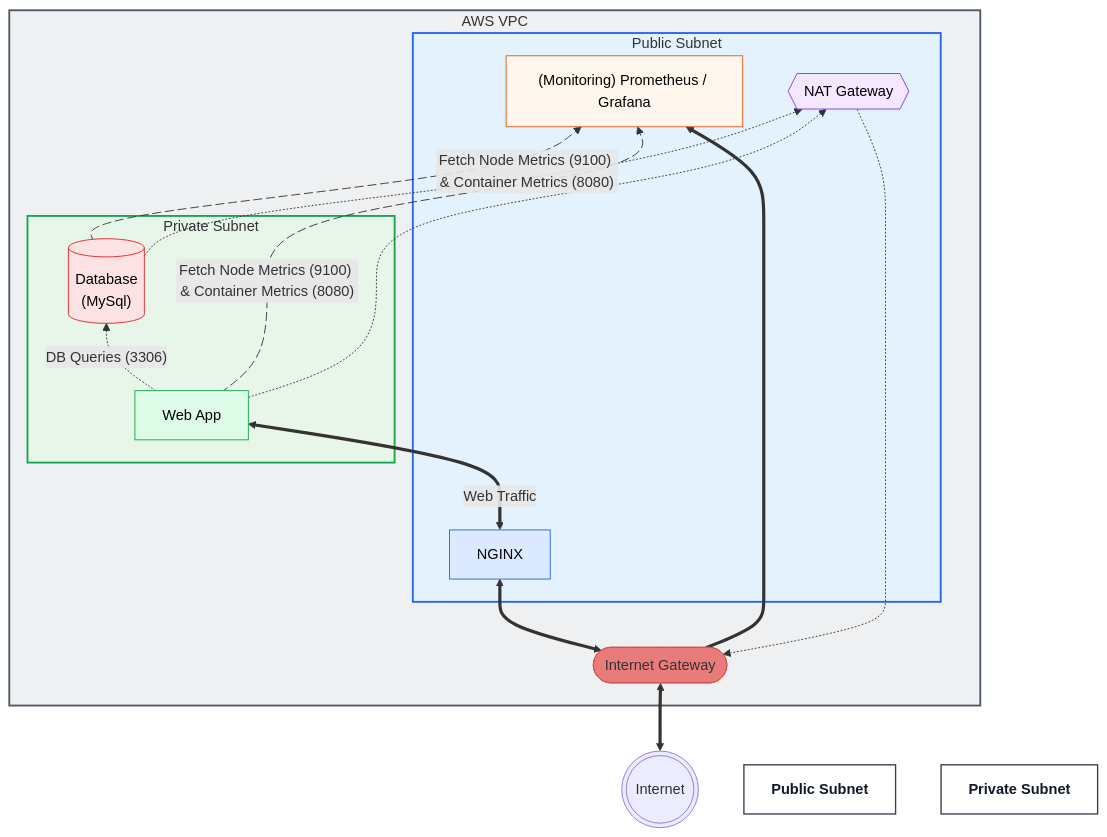
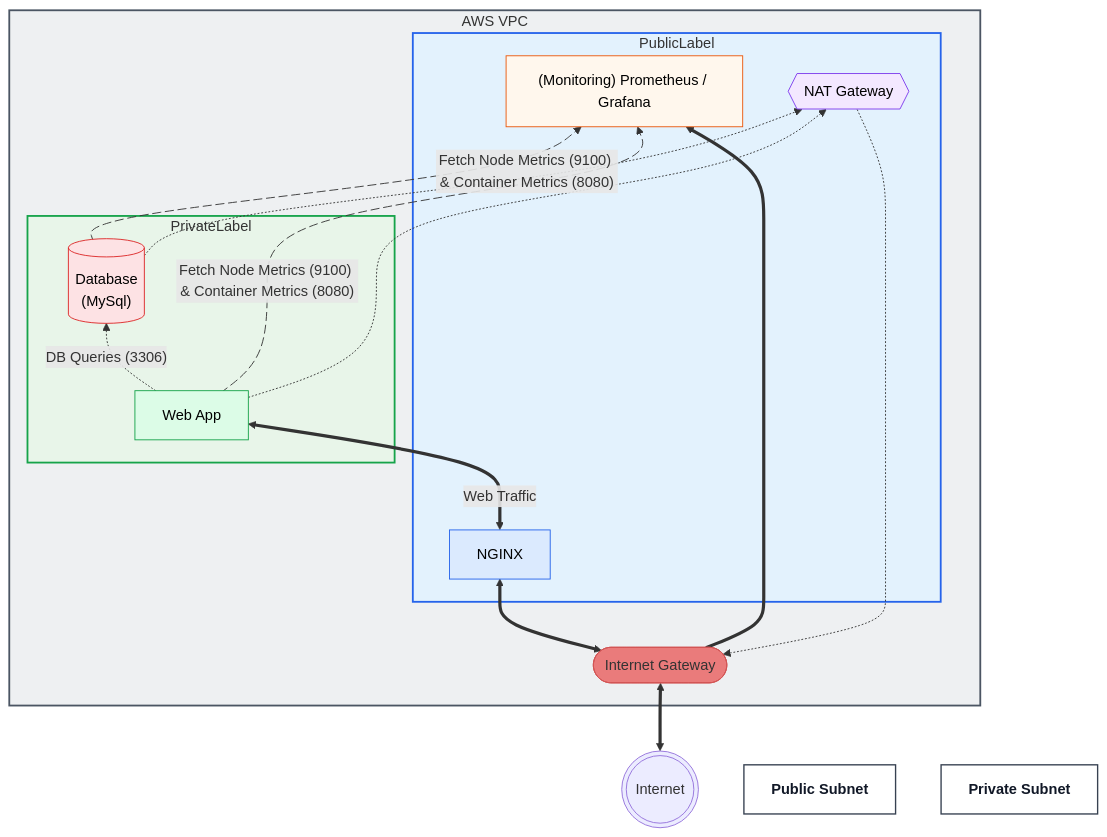
Before and after one commit to Jazzar101/learning-terraform-3087701: the diagram in README.md, drawn with Mermaid.

Commit message:
changed vars

````diff
--- a/README.md
+++ b/README.md
@@ -6,56 +6,56 @@
 ```mermaid
 flowchart BT
     Internet(((Internet)))
     subgraph VPC[AWS VPC]
         IGW([Internet Gateway])
-        subgraph PublicSubnet[Public Subnet]
+        subgraph PublicSubnet[PublicLabel]
             NGINX[NGINX]
             Monitoring["(Monitoring) Prometheus / Grafana"]
             NAT{{NAT Gateway}}
         end
 
-        subgraph PrivateSubnet[Private Subnet]
+        subgraph PrivateSubnet[PrivateLabel]
             App[Web App]
             DB[("Database\n(MySql)")]
         end
     end
 
     Internet <==> IGW
     IGW <==> NGINX
     NGINX <==>|Web Traffic| App
     App -.->|"DB Queries (3306)"| DB
     IGW ==> Monitoring
 
     App metricsApp@-->|"Fetch Node Metrics (9100) & Container Metrics (8080)"| Monitoring
     DB metricsDB@-->|"Fetch Node Metrics (9100) & Container Metrics (8080)"| Monitoring
 
     App -.-> NAT
     DB -.-> NAT
     NAT -.-> IGW
     
     metricsApp@{ animation: slow }    
     metricsDB@{ animation: slow }
 
     %% Node-only styling (GitHub safe)
     classDef ingress fill:#dbeafe,stroke:#2563eb,color:#000000
     classDef monitoring fill:#fff7ed,stroke:#ea580c,color:#000000
     classDef nat fill:#f3e8ff,stroke:#7c3aed,color:#000000
     classDef app fill:#dcfce7,stroke:#16a34a,color:#000000
     classDef db fill:#fde2e4,stroke:#dc2626,color:#000000
     classDef igw fill:#EA7B7B,stroke:#D25353,color:#00000
     classDef subnetLabel fill:#ffffff,stroke:#374151,stroke-width:1.5px,color:#111827,font-weight:bold
 
     style VPC fill:#eef0f2,stroke:#4b5563,stroke-width:2px
     style PublicSubnet fill:#e3f2fd,stroke:#2563eb,stroke-width:2px
     style PrivateSubnet fill:#e8f5e9,stroke:#16a34a,stroke-width:2px    
 
     PublicLabel["Public Subnet"]:::subnetLabel
     PrivateLabel["Private Subnet"]:::subnetLabel
 
     class NGINX ingress
     class Monitoring monitoring
     class NAT nat
     class App app
     class DB db
     class IGW igw
 ```
````
